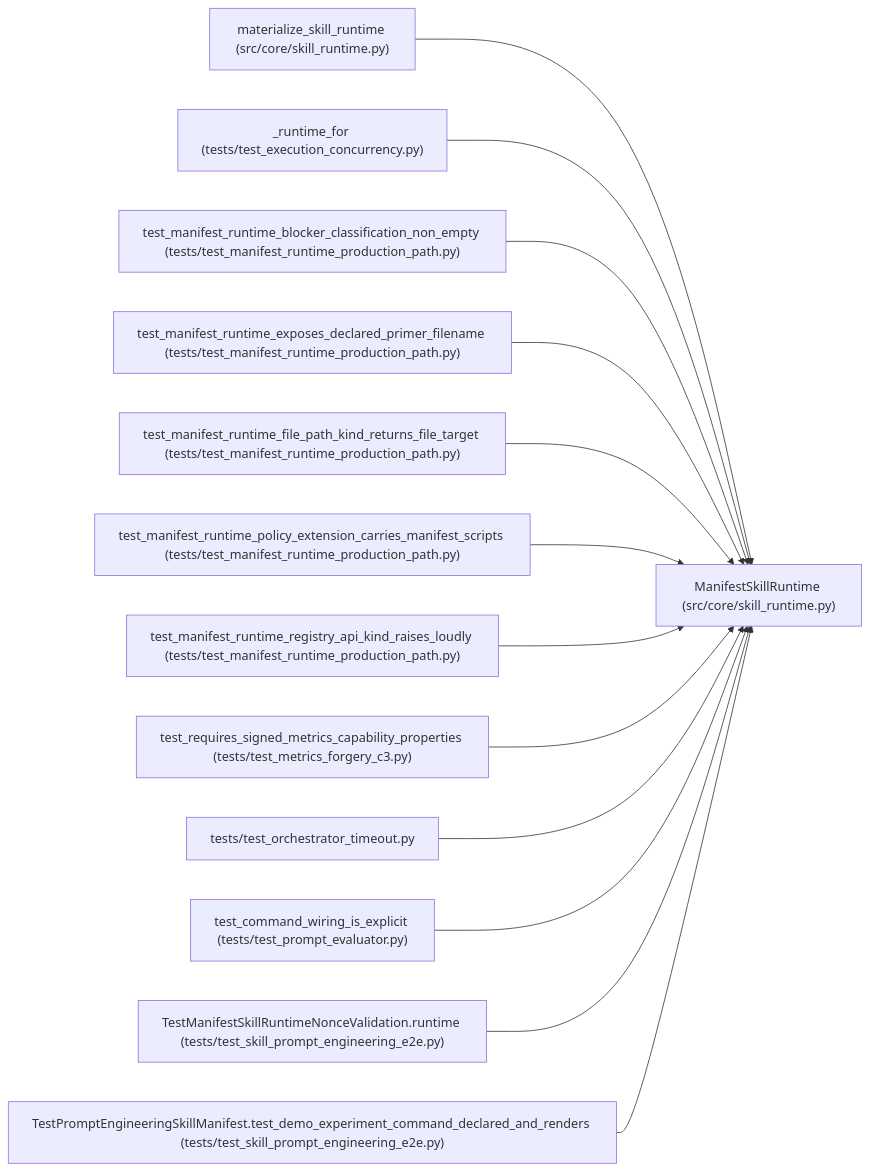
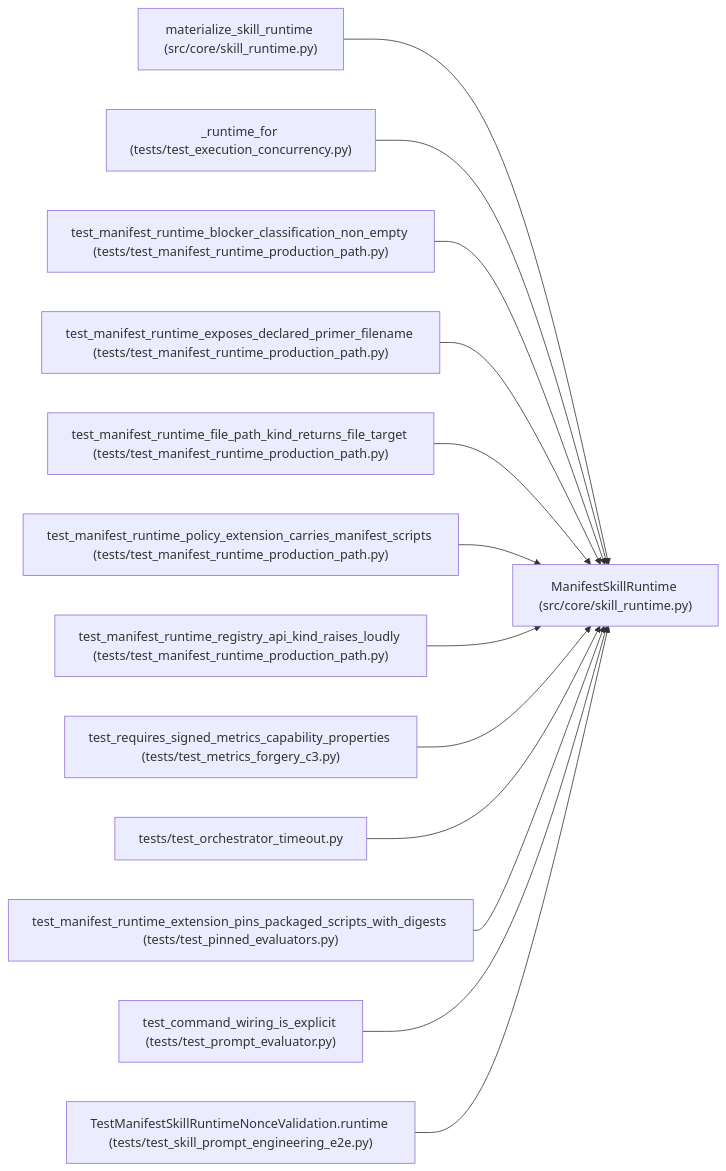
One commit to Denissvgn/autoresearch-agent changed the diagram in docs/llm_wiki/entities/ManifestSkillRuntime.md. Above: the diagram before and after it, drawn with Mermaid. The commit also changed other lines of this file and 54 other files, not shown here.

First line of the commit message:
docs(wiki): sync pages for the pinned evaluator and interpreter environment

````diff
--- a/docs/llm_wiki/entities/ManifestSkillRuntime.md
+++ b/docs/llm_wiki/entities/ManifestSkillRuntime.md
@@ -61,41 +61,41 @@
 ```mermaid
 flowchart LR
     n0["ManifestSkillRuntime (src/core/skill_runtime.py)"]
     n1["materialize_skill_runtime (src/core/skill_runtime.py)"]
     n2["_runtime_for (tests/test_execution_concurrency.py)"]
     n3["test_manifest_runtime_blocker_classification_non_empty (tests/test_manifest_runtime_production_path.py)"]
     n4["test_manifest_runtime_exposes_declared_primer_filename (tests/test_manifest_runtime_production_path.py)"]
     n5["test_manifest_runtime_file_path_kind_returns_file_target (tests/test_manifest_runtime_production_path.py)"]
     n6["test_manifest_runtime_policy_extension_carries_manifest_scripts (tests/test_manifest_runtime_production_path.py)"]
     n7["test_manifest_runtime_registry_api_kind_raises_loudly (tests/test_manifest_runtime_production_path.py)"]
     n8["test_requires_signed_metrics_capability_properties (tests/test_metrics_forgery_c3.py)"]
     n9["tests/test_orchestrator_timeout.py"]
-    n10["test_command_wiring_is_explicit (tests/test_prompt_evaluator.py)"]
-    n11["TestManifestSkillRuntimeNonceValidation.runtime (tests/test_skill_prompt_engineering_e2e.py)"]
-    n12["TestPromptEngineeringSkillManifest.test_demo_experiment_command_declared_and_renders (tests/test_skill_prompt_engineering_e2e.py)"]
+    n10["test_manifest_runtime_extension_pins_packaged_scripts_with_digests (tests/test_pinned_evaluators.py)"]
+    n11["test_command_wiring_is_explicit (tests/test_prompt_evaluator.py)"]
+    n12["TestManifestSkillRuntimeNonceValidation.runtime (tests/test_skill_prompt_engineering_e2e.py)"]
     n1 --> n0
     n2 --> n0
     n3 --> n0
     n4 --> n0
     n5 --> n0
     n6 --> n0
     n7 --> n0
     n8 --> n0
     n9 --> n0
     n10 --> n0
     n11 --> n0
     n12 --> n0
     click n0 "../modules/skill_runtime.md"
     click n1 "../modules/skill_runtime.md"
     click n2 "../modules/test_execution_concurrency.md"
     click n3 "../modules/test_manifest_runtime_production_path.md"
     click n4 "../modules/test_manifest_runtime_production_path.md"
     click n5 "../modules/test_manifest_runtime_production_path.md"
     click n6 "../modules/test_manifest_runtime_production_path.md"
     click n7 "../modules/test_manifest_runtime_production_path.md"
     click n8 "../modules/test_metrics_forgery_c3.md"
     click n9 "../modules/test_orchestrator_timeout.md"
-    click n10 "../modules/test_prompt_evaluator.md"
-    click n11 "../modules/test_skill_prompt_engineering_e2e.md"
+    click n10 "../modules/test_pinned_evaluators.md"
+    click n11 "../modules/test_prompt_evaluator.md"
     click n12 "../modules/test_skill_prompt_engineering_e2e.md"
 ```
````
